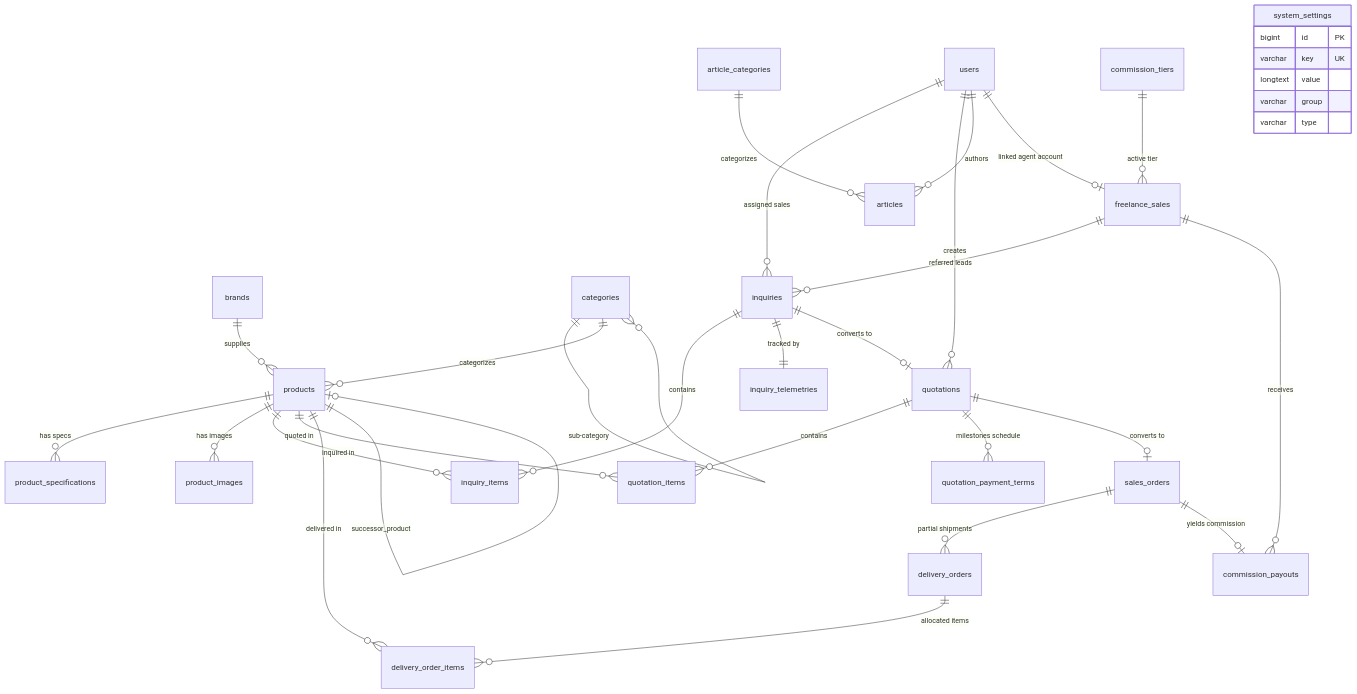
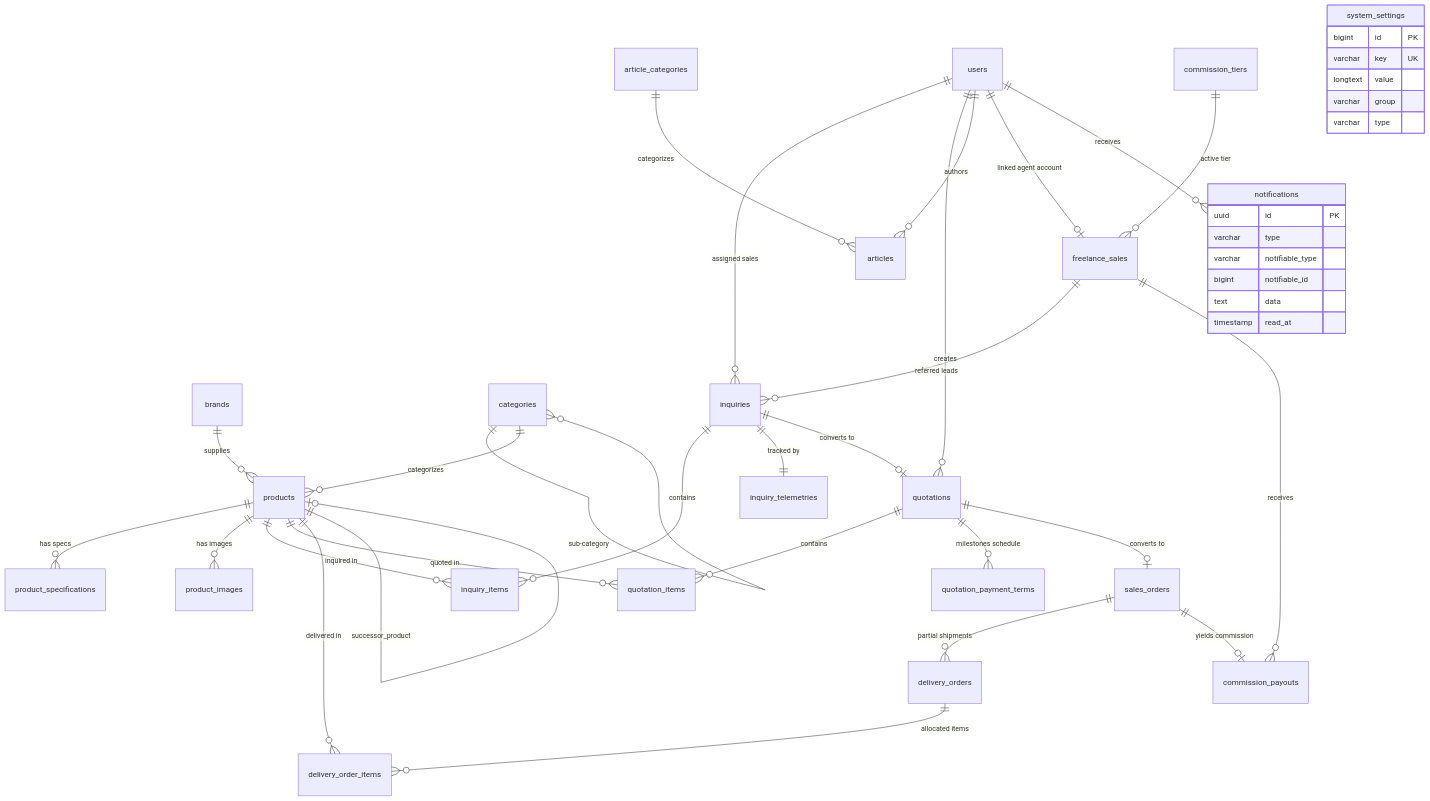
The diagram in docs/02-architecture-and-design/SDD/README.md (Dinoxxc/bimabergawa), drawn with Mermaid before and after one commit. The commit also changed other lines of this file and 4 other files, not shown here.

Commit message:
docs: add multi-channel notifications architecture and schema

````diff
--- a/docs/02-architecture-and-design/SDD/README.md
+++ b/docs/02-architecture-and-design/SDD/README.md
@@ -52,44 +53,54 @@
 ```mermaid
 erDiagram
     brands ||--o{ products : "supplies"
     categories ||--o{ categories : "sub-category"
     categories ||--o{ products : "categorizes"
     
     products ||--o{ product_specifications : "has specs"
     products ||--o{ product_images : "has images"
     products ||--o{ inquiry_items : "inquired in"
     products ||--o{ quotation_items : "quoted in"
     products ||--o{ delivery_order_items : "delivered in"
     products ||--o| products : "successor_product"
     
     users ||--o{ inquiries : "assigned sales"
     users ||--o{ quotations : "creates"
     users ||--o{ articles : "authors"
     users ||--o| freelance_sales : "linked agent account"
+    users ||--o{ notifications : "receives"
 
     commission_tiers ||--o{ freelance_sales : "active tier"
     freelance_sales ||--o{ inquiries : "referred leads"
     freelance_sales ||--o{ commission_payouts : "receives"
     
     inquiries ||--o{ inquiry_items : "contains"
     inquiries ||--|| inquiry_telemetries : "tracked by"
     inquiries ||--o| quotations : "converts to"
     
     quotations ||--o{ quotation_items : "contains"
     quotations ||--o{ quotation_payment_terms : "milestones schedule"
     quotations ||--o| sales_orders : "converts to"
     
     sales_orders ||--o{ delivery_orders : "partial shipments"
     delivery_orders ||--o{ delivery_order_items : "allocated items"
     sales_orders ||--o| commission_payouts : "yields commission"
 
     article_categories ||--o{ articles : "categorizes"
 
     system_settings {
         bigint id PK
         varchar key UK
         longtext value
         varchar group
         varchar type
     }
+
+    notifications {
+        uuid id PK
+        varchar type
+        varchar notifiable_type
+        bigint notifiable_id
+        text data
+        timestamp read_at
+    }
 ```
````
